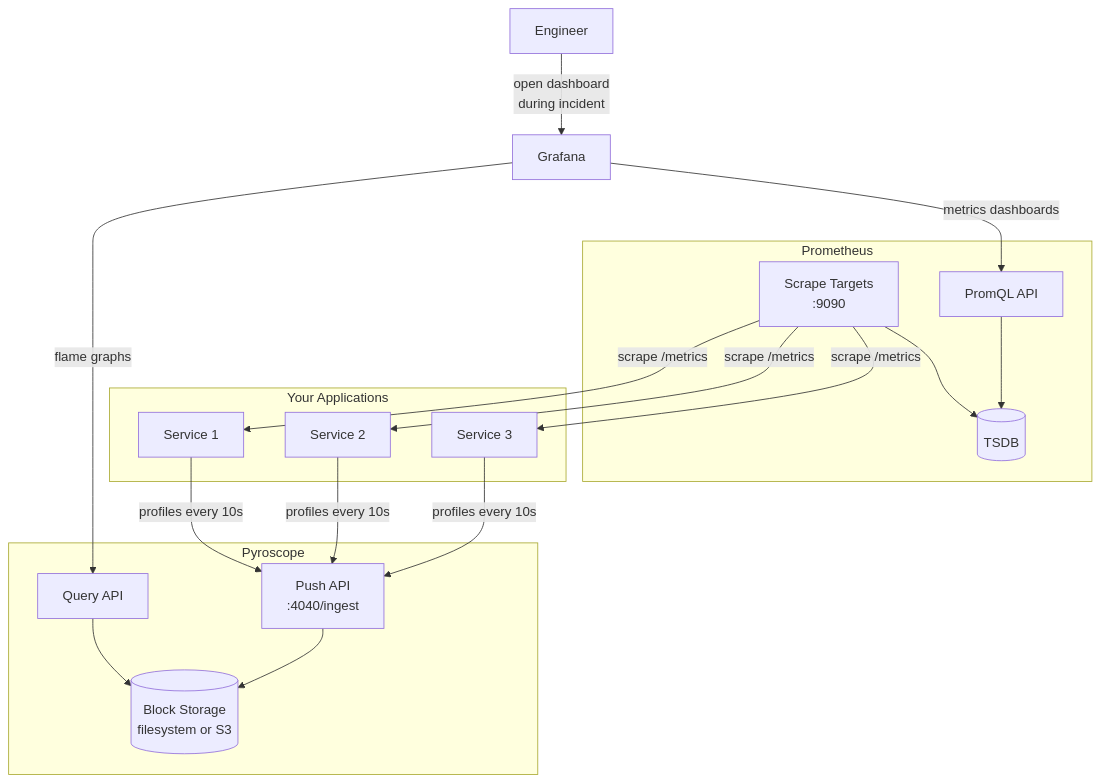
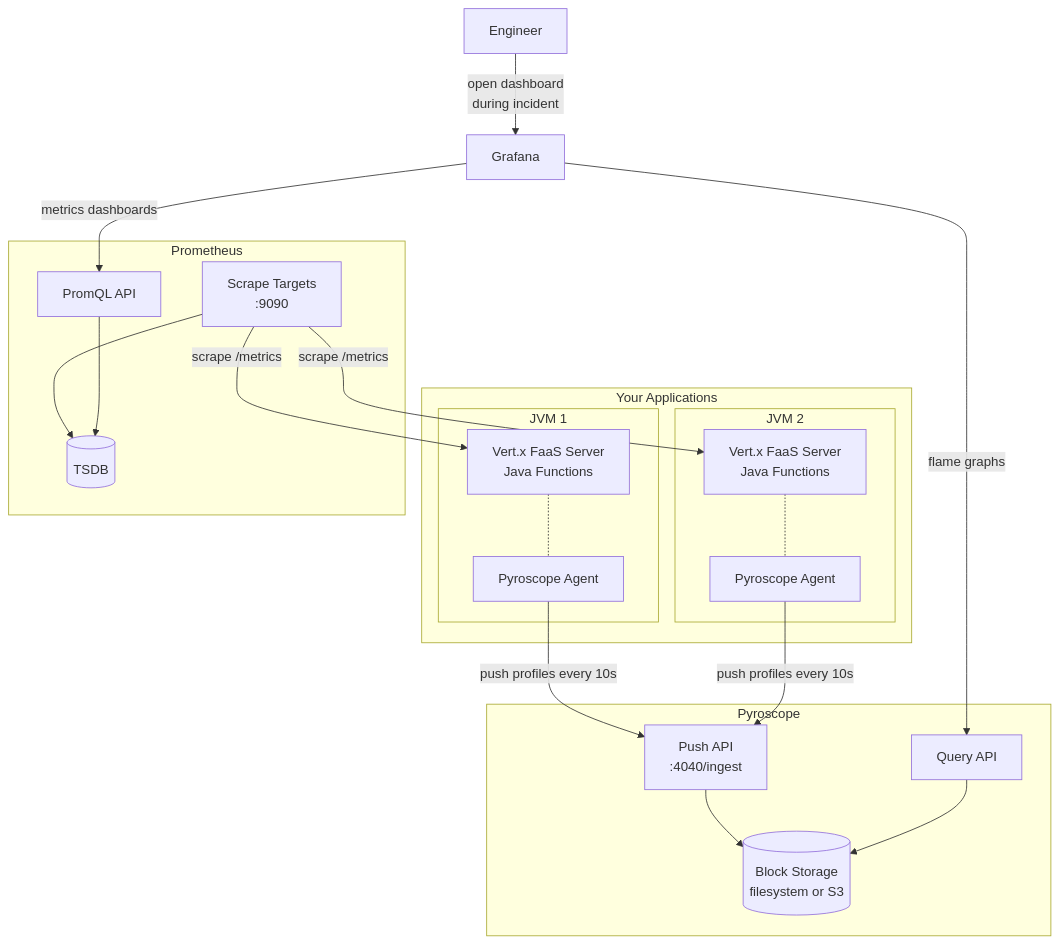
One commit to aff0gat000/pyroscope changed the second of 8 diagrams in docs/continuous-profiling-rfc.md. Above: the diagram before and after it, drawn with Mermaid. The commit also changed other lines of this file and 2 other files, not shown here.

First line of the commit message:
Update architecture diagrams to show Vert.x FaaS Server with Pyroscope agent

````diff
--- a/docs/continuous-profiling-rfc.md
+++ b/docs/continuous-profiling-rfc.md
@@ -81,36 +81,41 @@
 ```mermaid
 graph TB
     subgraph Your Applications
-        APP1[Service 1]
-        APP2[Service 2]
-        APP3[Service 3]
+        subgraph JVM 1
+            APP1[Vert.x FaaS Server<br/>Java Functions]
+            AG1[Pyroscope Agent]
+            APP1 -.- AG1
+        end
+        subgraph JVM 2
+            APP2[Vert.x FaaS Server<br/>Java Functions]
+            AG2[Pyroscope Agent]
+            APP2 -.- AG2
+        end
     end
 
     subgraph Pyroscope
         PUSH[Push API<br/>:4040/ingest]
         PSTORE[(Block Storage<br/>filesystem or S3)]
         PQUERY[Query API]
     end
 
     subgraph Prometheus
         SCRAPE[Scrape Targets<br/>:9090]
         MSTORE[(TSDB)]
         MQUERY[PromQL API]
     end
 
-    APP1 -->|"profiles every 10s"| PUSH
-    APP2 -->|"profiles every 10s"| PUSH
-    APP3 -->|"profiles every 10s"| PUSH
+    AG1 -->|"push profiles every 10s"| PUSH
+    AG2 -->|"push profiles every 10s"| PUSH
     PUSH --> PSTORE
     PQUERY --> PSTORE
 
     SCRAPE -->|"scrape /metrics"| APP1
     SCRAPE -->|"scrape /metrics"| APP2
-    SCRAPE -->|"scrape /metrics"| APP3
     SCRAPE --> MSTORE
     MQUERY --> MSTORE
 
     GF[Grafana] -->|"flame graphs"| PQUERY
     GF -->|"metrics dashboards"| MQUERY
     ENG[Engineer] -->|"open dashboard<br/>during incident"| GF
 ```
````
